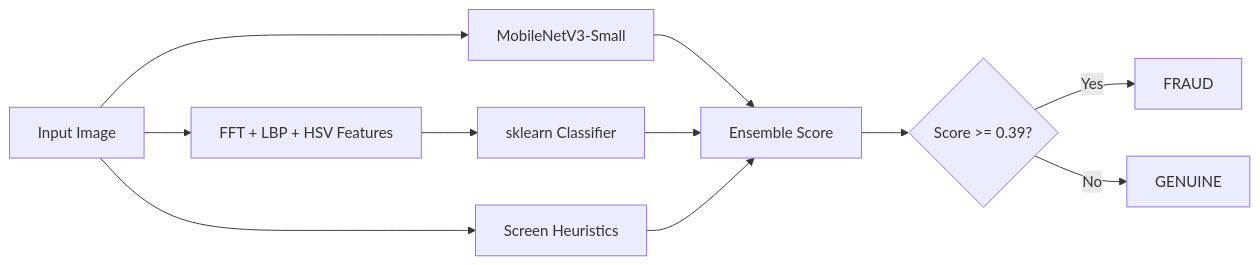
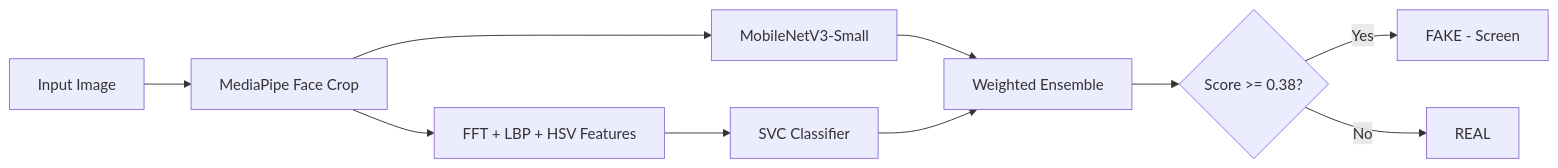
One commit to Pranjal-3d/Real_FakeModal changed the diagram in README.md. Above: the diagram before and after it, drawn with Mermaid. The commit also changed other lines of this file and 504 other files, not shown here.

````diff
--- a/README.md
+++ b/README.md
@@ -80,13 +52,12 @@
 ```mermaid
 flowchart LR
-    A[Input Image] --> B[MobileNetV3-Small]
-    A --> C[FFT + LBP + HSV Features]
-  C --> D[sklearn Classifier]
-    B --> E[Ensemble Score]
-    D --> E
-    A --> F[Screen Heuristics]
-    F --> E
-    E --> G{Score >= 0.39?}
-    G -->|Yes| H[FRAUD]
-    G -->|No| I[GENUINE]
+    A[Input Image] --> B[MediaPipe Face Crop]
+    B --> C[FFT + LBP + HSV Features]
+    B --> D[MobileNetV3-Small]
+    C --> E[SVC Classifier]
+    D --> F[Weighted Ensemble]
+    E --> F
+    F --> G{Score >= 0.38?}
+    G -->|Yes| H[FAKE - Screen]
+    G -->|No| I[REAL]
 ```
````
